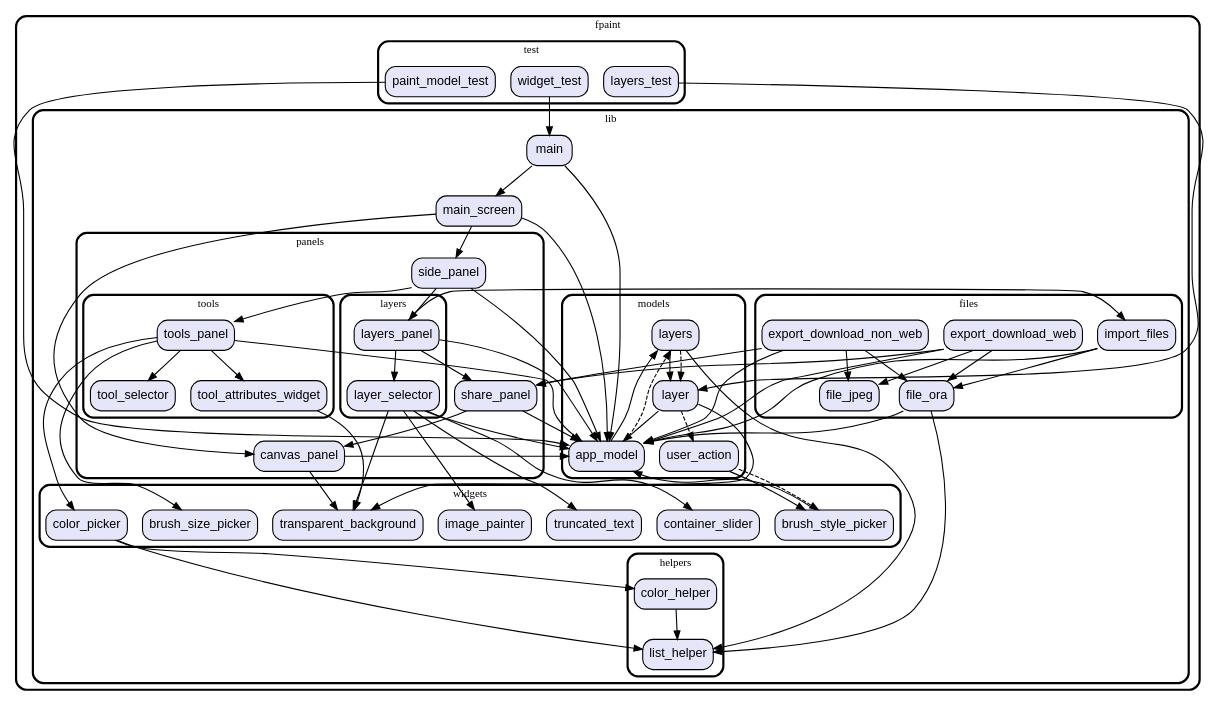
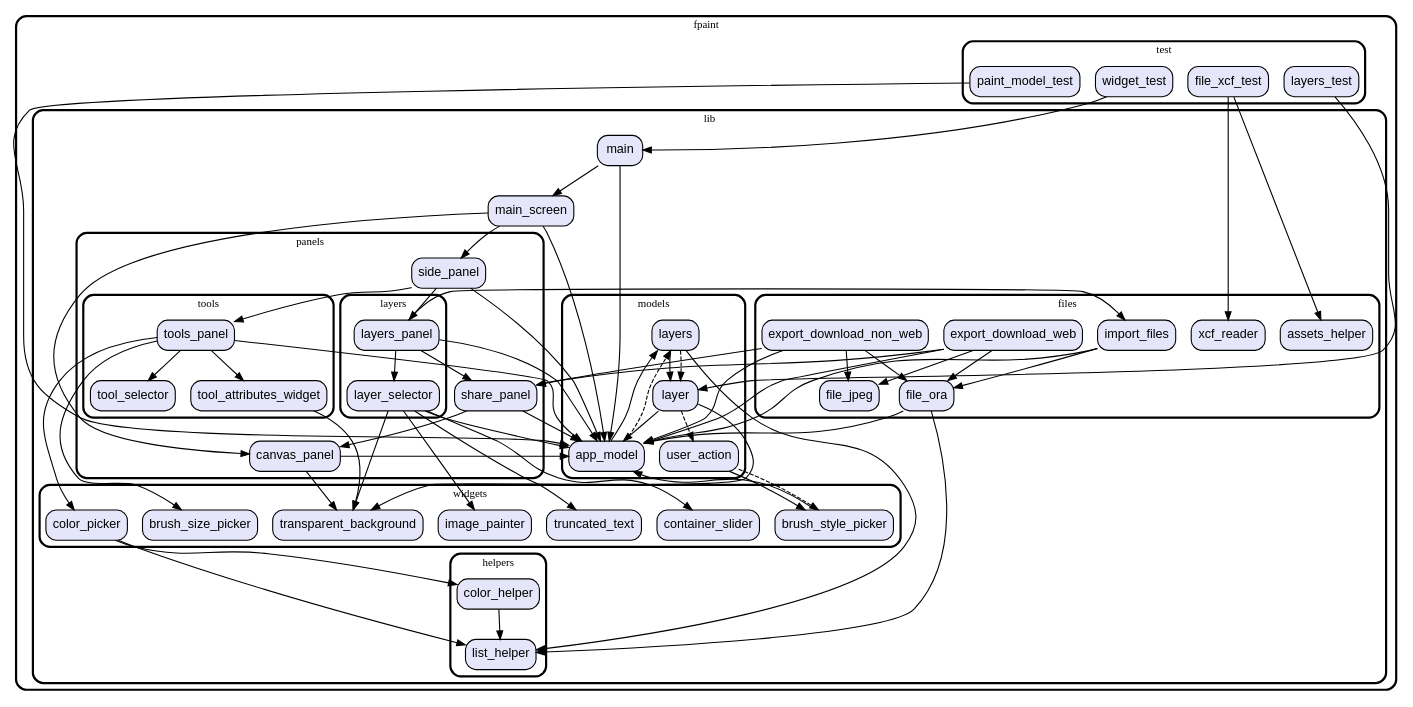
The diagram in graph.dot (vteam-com/fPaint), drawn with Graphviz before and after one commit. The commit also changed 10 other files, not shown here.

```diff
--- a/graph.dot
+++ b/graph.dot
@@ -1,153 +1,161 @@
 digraph "" {
   graph [style=rounded fontname="Arial Black" fontsize=13 penwidth=2.6];
   node [shape=rect style="filled,rounded" fontname=Arial fontsize=15 fillcolor=Lavender penwidth=1.3];
   edge [penwidth=1.3];
   "/test/paint_model_test.dart" [label="paint_model_test"];
   "/test/widget_test.dart" [label="widget_test"];
+  "/test/file_xcf_test.dart" [label="file_xcf_test"];
   "/test/layers_test.dart" [label="layers_test"];
   "/lib/panels/tools/tool_selector.dart" [label="tool_selector"];
   "/lib/panels/tools/tools_panel.dart" [label="tools_panel"];
   "/lib/panels/tools/tool_attributes_widget.dart" [label="tool_attributes_widget"];
   "/lib/panels/canvas_panel.dart" [label="canvas_panel"];
   "/lib/panels/layers/layer_selector.dart" [label="layer_selector"];
   "/lib/panels/layers/layers_panel.dart" [label="layers_panel"];
   "/lib/panels/side_panel.dart" [label="side_panel"];
   "/lib/panels/share_panel.dart" [label="share_panel"];
   "/lib/models/layers.dart" [label="layers"];
   "/lib/models/user_action.dart" [label="user_action"];
   "/lib/models/app_model.dart" [label="app_model"];
   "/lib/models/layer.dart" [label="layer"];
   "/lib/main.dart" [label="main"];
+  "/lib/files/xcf_reader.dart" [label="xcf_reader"];
+  "/lib/files/assets_helper.dart" [label="assets_helper"];
   "/lib/files/file_jpeg.dart" [label="file_jpeg"];
   "/lib/files/export_download_web.dart" [label="export_download_web"];
   "/lib/files/file_ora.dart" [label="file_ora"];
   "/lib/files/export_download_non_web.dart" [label="export_download_non_web"];
   "/lib/files/import_files.dart" [label="import_files"];
   "/lib/main_screen.dart" [label="main_screen"];
   "/lib/helpers/list_helper.dart" [label="list_helper"];
   "/lib/helpers/color_helper.dart" [label="color_helper"];
   "/lib/widgets/truncated_text.dart" [label="truncated_text"];
   "/lib/widgets/container_slider.dart" [label="container_slider"];
   "/lib/widgets/brush_size_picker.dart" [label="brush_size_picker"];
   "/lib/widgets/transparent_background.dart" [label="transparent_background"];
   "/lib/widgets/image_painter.dart" [label="image_painter"];
   "/lib/widgets/brush_style_picker.dart" [label="brush_style_picker"];
   "/lib/widgets/color_picker.dart" [label="color_picker"];
   subgraph "cluster~" {
     label="fpaint";
     subgraph "cluster~/test" {
       label="test";
       "/test/paint_model_test.dart";
       "/test/widget_test.dart";
+      "/test/file_xcf_test.dart";
       "/test/layers_test.dart";
     }
     subgraph "cluster~/lib" {
       label="lib";
       "/lib/main.dart";
       "/lib/main_screen.dart";
       subgraph "cluster~/lib/panels" {
         label="panels";
         "/lib/panels/canvas_panel.dart";
         "/lib/panels/side_panel.dart";
         "/lib/panels/share_panel.dart";
         subgraph "cluster~/lib/panels/tools" {
           label="tools";
           "/lib/panels/tools/tool_selector.dart";
           "/lib/panels/tools/tools_panel.dart";
           "/lib/panels/tools/tool_attributes_widget.dart";
         }
         subgraph "cluster~/lib/panels/layers" {
           label="layers";
           "/lib/panels/layers/layer_selector.dart";
           "/lib/panels/layers/layers_panel.dart";
         }
       }
       subgraph "cluster~/lib/models" {
         label="models";
         "/lib/models/layers.dart";
         "/lib/models/user_action.dart";
         "/lib/models/app_model.dart";
         "/lib/models/layer.dart";
       }
       subgraph "cluster~/lib/files" {
         label="files";
+        "/lib/files/xcf_reader.dart";
+        "/lib/files/assets_helper.dart";
         "/lib/files/file_jpeg.dart";
         "/lib/files/export_download_web.dart";
         "/lib/files/file_ora.dart";
         "/lib/files/export_download_non_web.dart";
         "/lib/files/import_files.dart";
       }
       subgraph "cluster~/lib/helpers" {
         label="helpers";
         "/lib/helpers/list_helper.dart";
         "/lib/helpers/color_helper.dart";
       }
       subgraph "cluster~/lib/widgets" {
         label="widgets";
         "/lib/widgets/truncated_text.dart";
         "/lib/widgets/container_slider.dart";
         "/lib/widgets/brush_size_picker.dart";
         "/lib/widgets/transparent_background.dart";
         "/lib/widgets/image_painter.dart";
         "/lib/widgets/brush_style_picker.dart";
         "/lib/widgets/color_picker.dart";
       }
     }
   }
   "/test/paint_model_test.dart" -> "/lib/models/app_model.dart";
   "/test/widget_test.dart" -> "/lib/main.dart";
+  "/test/file_xcf_test.dart" -> "/lib/files/assets_helper.dart";
+  "/test/file_xcf_test.dart" -> "/lib/files/xcf_reader.dart";
   "/test/layers_test.dart" -> "/lib/models/layer.dart";
   "/lib/panels/tools/tools_panel.dart" -> "/lib/models/app_model.dart";
   "/lib/panels/tools/tools_panel.dart" -> "/lib/panels/tools/tool_attributes_widget.dart";
   "/lib/panels/tools/tools_panel.dart" -> "/lib/panels/tools/tool_selector.dart";
   "/lib/panels/tools/tools_panel.dart" -> "/lib/widgets/brush_size_picker.dart";
   "/lib/panels/tools/tools_panel.dart" -> "/lib/widgets/color_picker.dart";
   "/lib/panels/tools/tool_attributes_widget.dart" -> "/lib/widgets/transparent_background.dart";
   "/lib/panels/canvas_panel.dart" -> "/lib/models/app_model.dart";
   "/lib/panels/canvas_panel.dart" -> "/lib/widgets/transparent_background.dart";
   "/lib/panels/layers/layer_selector.dart" -> "/lib/models/app_model.dart";
   "/lib/panels/layers/layer_selector.dart" -> "/lib/widgets/container_slider.dart";
   "/lib/panels/layers/layer_selector.dart" -> "/lib/widgets/image_painter.dart";
   "/lib/panels/layers/layer_selector.dart" -> "/lib/widgets/transparent_background.dart";
   "/lib/panels/layers/layer_selector.dart" -> "/lib/widgets/truncated_text.dart";
   "/lib/panels/layers/layers_panel.dart" -> "/lib/files/import_files.dart";
   "/lib/panels/layers/layers_panel.dart" -> "/lib/models/app_model.dart";
   "/lib/panels/layers/layers_panel.dart" -> "/lib/panels/layers/layer_selector.dart";
   "/lib/panels/layers/layers_panel.dart" -> "/lib/panels/share_panel.dart";
   "/lib/panels/side_panel.dart" -> "/lib/models/app_model.dart";
   "/lib/panels/side_panel.dart" -> "/lib/panels/layers/layers_panel.dart";
   "/lib/panels/side_panel.dart" -> "/lib/panels/tools/tools_panel.dart";
   "/lib/panels/share_panel.dart" -> "/lib/models/app_model.dart";
   "/lib/panels/share_panel.dart" -> "/lib/panels/canvas_panel.dart";
   "/lib/models/layers.dart" -> "/lib/helpers/list_helper.dart";
   "/lib/models/layers.dart" -> "/lib/models/layer.dart";
   "/lib/models/layers.dart" -> "/lib/models/layer.dart" [style=dashed];
   "/lib/models/user_action.dart" -> "/lib/widgets/brush_style_picker.dart";
   "/lib/models/user_action.dart" -> "/lib/widgets/brush_style_picker.dart" [style=dashed];
   "/lib/models/app_model.dart" -> "/lib/models/layers.dart";
   "/lib/models/app_model.dart" -> "/lib/models/layers.dart" [style=dashed];
   "/lib/models/layer.dart" -> "/lib/models/app_model.dart";
   "/lib/models/layer.dart" -> "/lib/widgets/transparent_background.dart";
   "/lib/models/layer.dart" -> "/lib/models/user_action.dart" [style=dashed];
   "/lib/main.dart" -> "/lib/main_screen.dart";
   "/lib/main.dart" -> "/lib/models/app_model.dart";
   "/lib/files/export_download_web.dart" -> "/lib/files/file_jpeg.dart";
   "/lib/files/export_download_web.dart" -> "/lib/files/file_ora.dart";
   "/lib/files/export_download_web.dart" -> "/lib/models/app_model.dart";
   "/lib/files/export_download_web.dart" -> "/lib/panels/share_panel.dart";
   "/lib/files/file_ora.dart" -> "/lib/helpers/list_helper.dart";
   "/lib/files/file_ora.dart" -> "/lib/models/app_model.dart";
   "/lib/files/export_download_non_web.dart" -> "/lib/files/file_jpeg.dart";
   "/lib/files/export_download_non_web.dart" -> "/lib/files/file_ora.dart";
   "/lib/files/export_download_non_web.dart" -> "/lib/models/app_model.dart";
   "/lib/files/export_download_non_web.dart" -> "/lib/panels/share_panel.dart";
   "/lib/files/import_files.dart" -> "/lib/files/file_ora.dart";
   "/lib/files/import_files.dart" -> "/lib/models/app_model.dart";
   "/lib/main_screen.dart" -> "/lib/panels/canvas_panel.dart";
   "/lib/main_screen.dart" -> "/lib/panels/side_panel.dart";
   "/lib/main_screen.dart" -> "/lib/models/app_model.dart";
   "/lib/helpers/color_helper.dart" -> "/lib/helpers/list_helper.dart";
   "/lib/widgets/brush_style_picker.dart" -> "/lib/models/app_model.dart";
   "/lib/widgets/color_picker.dart" -> "/lib/helpers/color_helper.dart";
   "/lib/widgets/color_picker.dart" -> "/lib/helpers/list_helper.dart";
 }
```
